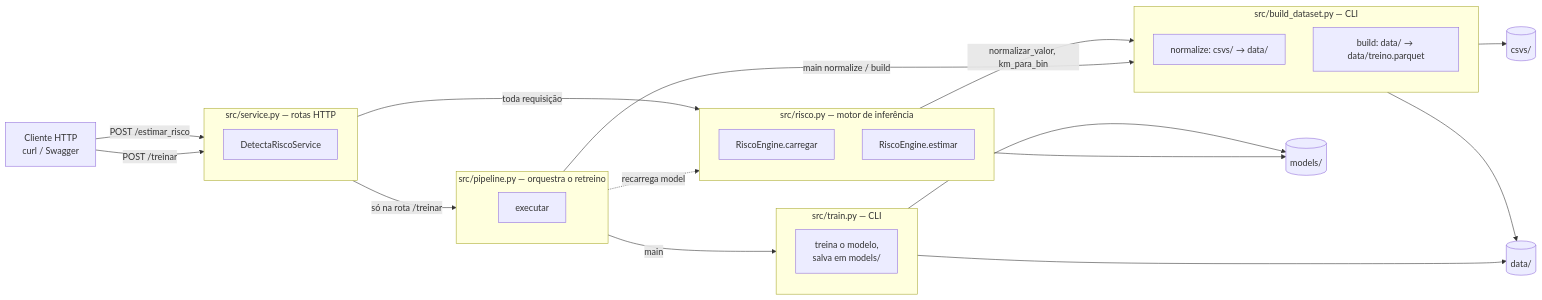
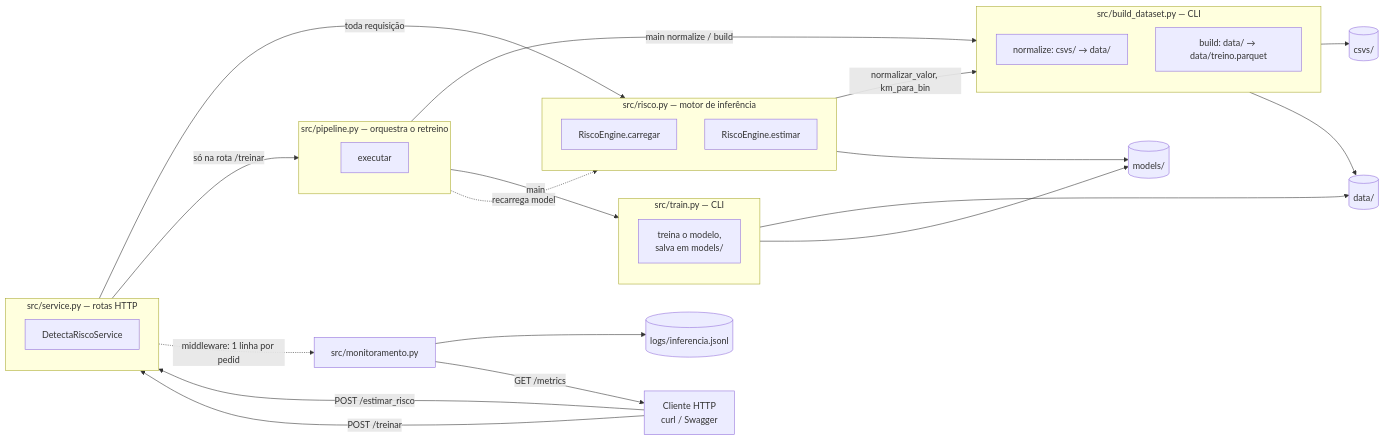
Before and after one commit to apabsp/projetoML: the diagram in docs/ARQUITETURA.md, drawn with Mermaid. The commit also changed other lines of this file and 18 other files, not shown here.

````diff
--- a/docs/ARQUITETURA.md
+++ b/docs/ARQUITETURA.md
@@ -13,49 +13,53 @@
 ```mermaid
 flowchart LR
     Cliente[Cliente HTTP\ncurl / Swagger]
 
     Cliente -->|POST /estimar_risco| Service
     Cliente -->|POST /treinar| Service
 
     subgraph Service["src/service.py — rotas HTTP"]
         direction TB
         S1[DetectaRiscoService]
     end
 
     Service -->|toda requisição| Risco
     Service -->|só na rota /treinar| Pipeline
 
     subgraph Risco["src/risco.py — motor de inferência"]
         direction TB
         R1[RiscoEngine.carregar]
         R2[RiscoEngine.estimar]
     end
 
     subgraph Pipeline["src/pipeline.py — orquestra o retreino"]
         direction TB
         P1[executar]
     end
 
     Risco -->|normalizar_valor, km_para_bin| BuildDataset
     Pipeline -->|main normalize / build| BuildDataset
     Pipeline -->|main| Train
 
     subgraph BuildDataset["src/build_dataset.py — CLI"]
         direction TB
         B1[normalize: csvs/ → data/]
         B2[build: data/ → data/treino.parquet]
     end
 
     subgraph Train["src/train.py — CLI"]
         direction TB
         T1[treina o modelo,\nsalva em models/]
     end
 
     BuildDataset --> CSVs[(csvs/)]
     BuildDataset --> Data[(data/)]
     Train --> Data
     Train --> Models[(models/)]
     Risco --> Models
 
     Pipeline -.recarrega modelo.-> Risco
+
+    Service -.middleware: 1 linha por pedido.-> Monit[src/monitoramento.py]
+    Monit --> Logs[(logs/inferencia.jsonl)]
+    Monit -->|GET /metrics| Cliente
 ```
````
